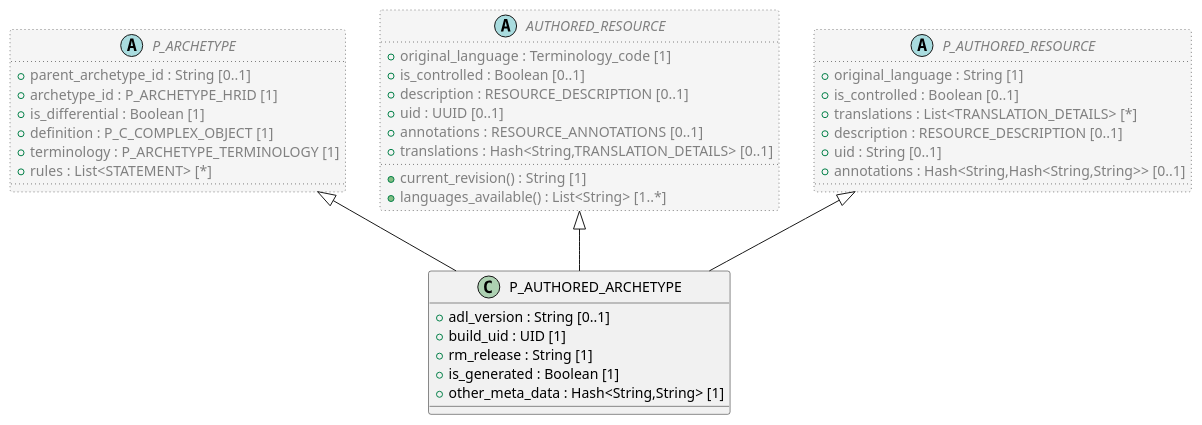
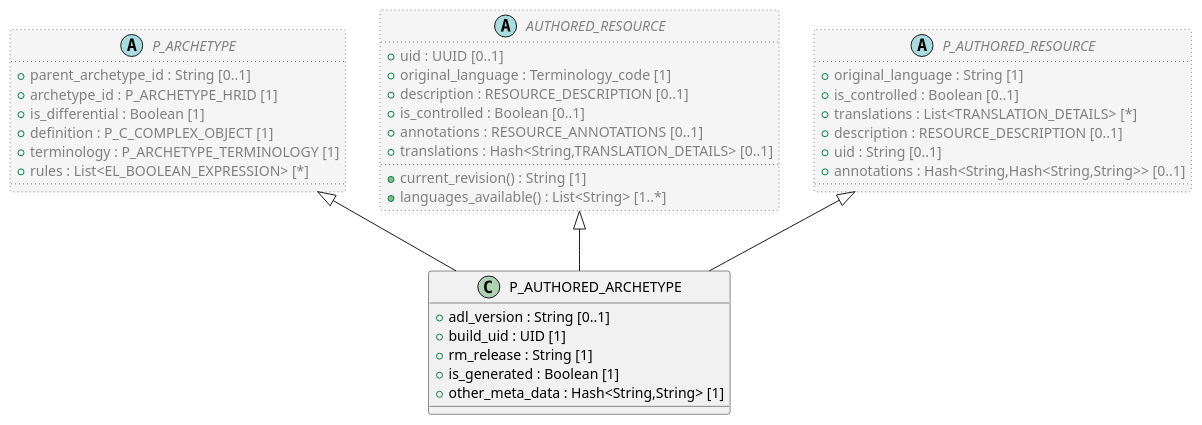
Before and after one commit to sebastian-iancu/code-generator: the diagram in code/Adoc/openehr_am_2.3.0/plantUML/classes/org.openehr.am.aom2.p_authored_archetype.adoc, drawn with PlantUML. The commit also changed 719 other files, not shown here.

```diff
--- a/code/Adoc/openehr_am_2.3.0/plantUML/classes/org.openehr.am.aom2.p_authored_archetype.adoc
+++ b/code/Adoc/openehr_am_2.3.0/plantUML/classes/org.openehr.am.aom2.p_authored_archetype.adoc
@@ -1,50 +1,50 @@
 [plantuml,P_AUTHORED_ARCHETYPE,format=svg,svg-type="inline"]
 -----
 @startuml
 
 class P_AUTHORED_ARCHETYPE {
   + adl_version : String [0..1]
   + build_uid : UID [1]
   + rm_release : String [1]
   + is_generated : Boolean [1]
   + other_meta_data : Hash<String,String> [1]
 }
 
 abstract class P_ARCHETYPE  #whitesmoke;line:gray;line.dotted;text:gray {
   + parent_archetype_id : String [0..1]
   + archetype_id : P_ARCHETYPE_HRID [1]
   + is_differential : Boolean [1]
   + definition : P_C_COMPLEX_OBJECT [1]
   + terminology : P_ARCHETYPE_TERMINOLOGY [1]
-  + rules : List<STATEMENT> [*]
+  + rules : List<EL_BOOLEAN_EXPRESSION> [*]
 }
 
 P_ARCHETYPE <|-- P_AUTHORED_ARCHETYPE
 
 abstract class AUTHORED_RESOURCE  #whitesmoke;line:gray;line.dotted;text:gray {
+  + uid : UUID [0..1]
   + original_language : Terminology_code [1]
+  + description : RESOURCE_DESCRIPTION [0..1]
   + is_controlled : Boolean [0..1]
-  + description : RESOURCE_DESCRIPTION [0..1]
-  + uid : UUID [0..1]
   + annotations : RESOURCE_ANNOTATIONS [0..1]
   + translations : Hash<String,TRANSLATION_DETAILS> [0..1]
   + current_revision() : String [1]
   + languages_available() : List<String> [1..*]
 }
 
 AUTHORED_RESOURCE <|-- P_AUTHORED_ARCHETYPE
 
 abstract class P_AUTHORED_RESOURCE  #whitesmoke;line:gray;line.dotted;text:gray {
   + original_language : String [1]
   + is_controlled : Boolean [0..1]
   + translations : List<TRANSLATION_DETAILS> [*]
   + description : RESOURCE_DESCRIPTION [0..1]
   + uid : String [0..1]
   + annotations : Hash<String,Hash<String,String>> [0..1]
 }
 
 P_AUTHORED_RESOURCE <|-- P_AUTHORED_ARCHETYPE
 
 
 @enduml
 -----
```
